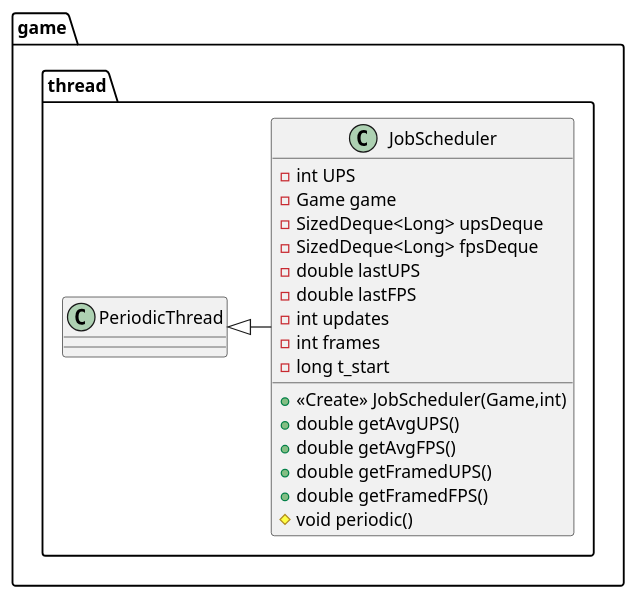
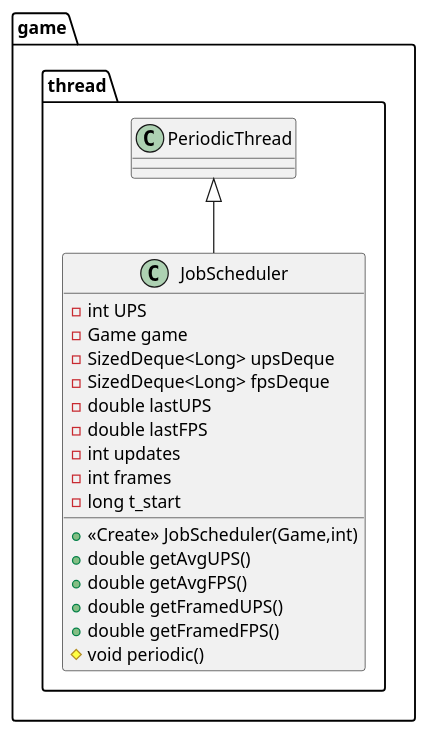
Before and after one commit to Avasay-Sayava/BagrutProject: the diagram in app/src/main/java/com/avasaysayava/bagrutproject/game/thread/JobScheduler.puml, drawn with PlantUML. The commit also changed 2 other files, not shown here.

```diff
--- a/app/src/main/java/com/avasaysayava/bagrutproject/game/thread/JobScheduler.puml
+++ b/app/src/main/java/com/avasaysayava/bagrutproject/game/thread/JobScheduler.puml
@@ -1,24 +1,24 @@
 @startuml
 class game.thread.JobScheduler {
 - int UPS
 - Game game
 - SizedDeque<Long> upsDeque
 - SizedDeque<Long> fpsDeque
 - double lastUPS
 - double lastFPS
 - int updates
 - int frames
 - long t_start
 + <<Create>> JobScheduler(Game,int)
 + double getAvgUPS()
 + double getAvgFPS()
 + double getFramedUPS()
 + double getFramedFPS()
 # void periodic()
 }
 
 
 
 
-game.thread.PeriodicThread <|- game.thread.JobScheduler
+game.thread.PeriodicThread <|-- game.thread.JobScheduler
 @enduml
```
